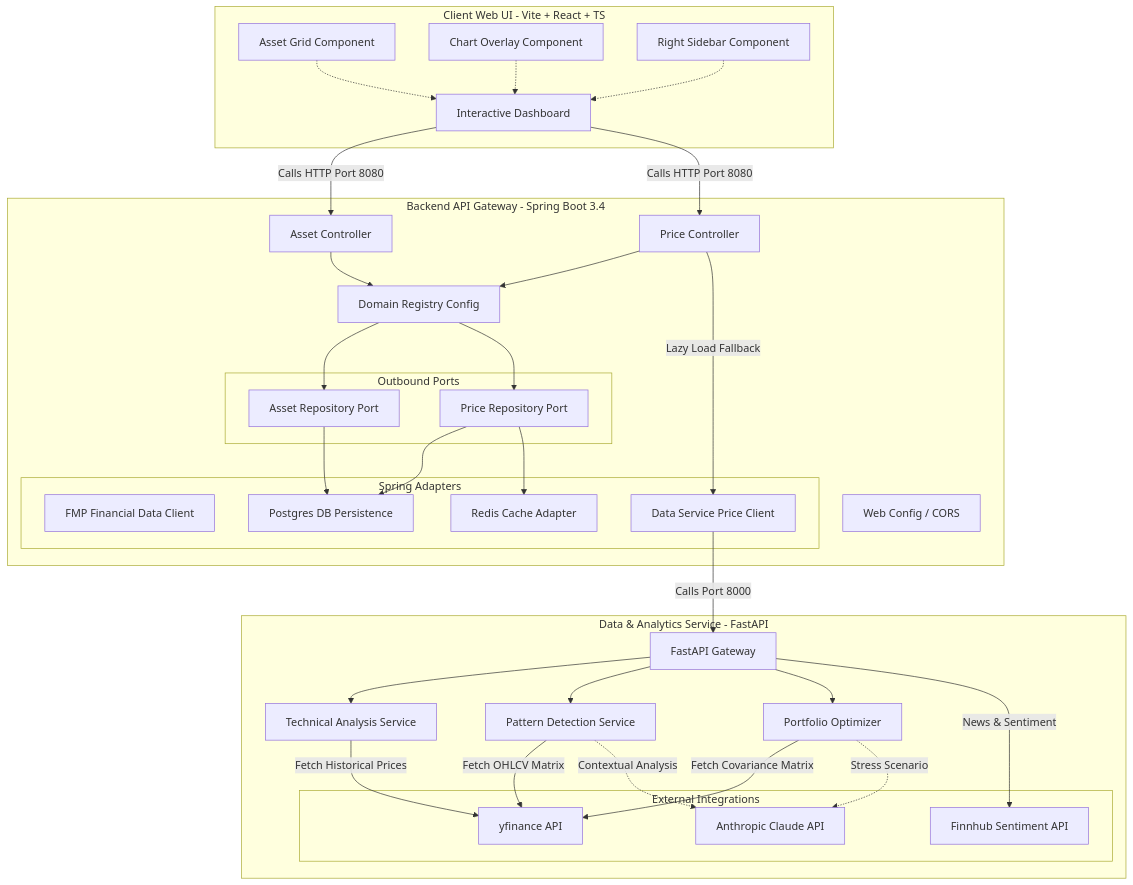
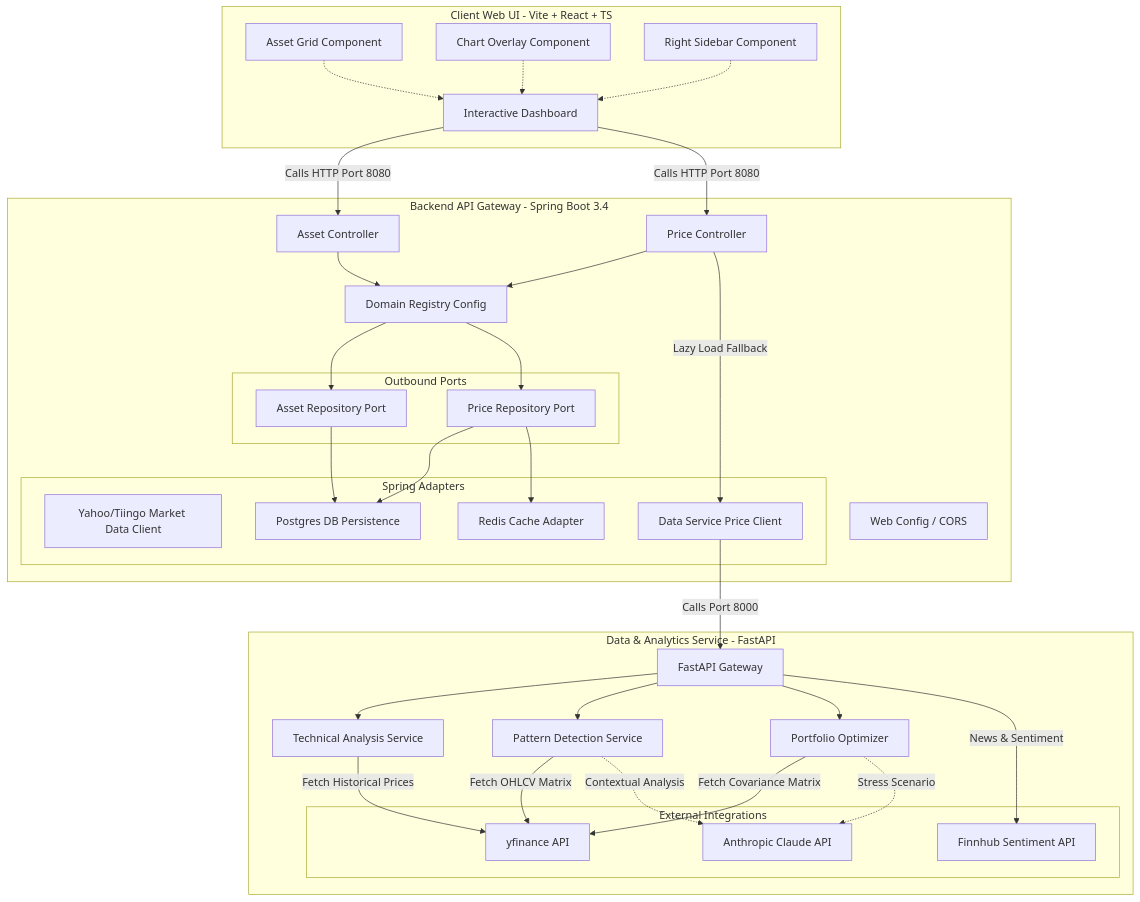
The diagram in README.md (bsrozkasli/finance-project), drawn with Mermaid before and after one commit. The commit also changed other lines of this file and 95 other files, not shown here.

````diff
--- a/README.md
+++ b/README.md
@@ -16,73 +16,73 @@
 ```mermaid
 graph TD
     subgraph Frontend [Client Web UI - Vite + React + TS]
         Dashboard[Interactive Dashboard]
         AssetGrid[Asset Grid Component]
         ChartOverlay[Chart Overlay Component]
         RightSidebar[Right Sidebar Component]
     end
 
     subgraph Backend [Backend API Gateway - Spring Boot 3.4]
         WebConfig[Web Config / CORS]
         AssetController[Asset Controller]
         PriceController[Price Controller]
         DomainConfig[Domain Registry Config]
         
         subgraph Ports [Outbound Ports]
             AssetRepoPort[Asset Repository Port]
             PriceRepoPort[Price Repository Port]
         end
         
         subgraph Adapters [Spring Adapters]
-            FMPAdapter[FMP Financial Data Client]
+            YahooAdapter[Yahoo/Tiingo Market Data Client]
             DBAdapter[Postgres DB Persistence]
             RedisAdapter[Redis Cache Adapter]
             DSPriceAdapter[Data Service Price Client]
         end
     end
 
     subgraph DataService [Data & Analytics Service - FastAPI]
         FastAPI_Main[FastAPI Gateway]
         TechAnalysis[Technical Analysis Service]
         PatternDetect[Pattern Detection Service]
         PortfolioOpt[Portfolio Optimizer]
         
         subgraph ExtAPIs [External Integrations]
             YFinance[yfinance API]
             Finnhub[Finnhub Sentiment API]
             Anthropic[Anthropic Claude API]
         end
     end
 
     %% Connections
     Dashboard -->|Calls HTTP Port 8080| AssetController
     Dashboard -->|Calls HTTP Port 8080| PriceController
     AssetGrid -.-> Dashboard
     ChartOverlay -.-> Dashboard
     RightSidebar -.-> Dashboard
 
     AssetController --> DomainConfig
     PriceController --> DomainConfig
     
     DomainConfig --> AssetRepoPort
     DomainConfig --> PriceRepoPort
     
     PriceRepoPort --> DBAdapter
     AssetRepoPort --> DBAdapter
     PriceRepoPort --> RedisAdapter
     
     PriceController -->|Lazy Load Fallback| DSPriceAdapter
     DSPriceAdapter -->|Calls Port 8000| FastAPI_Main
     
     FastAPI_Main --> TechAnalysis
     FastAPI_Main --> PatternDetect
     FastAPI_Main --> PortfolioOpt
     
     TechAnalysis -->|Fetch Historical Prices| YFinance
     PatternDetect -->|Fetch OHLCV Matrix| YFinance
     PortfolioOpt -->|Fetch Covariance Matrix| YFinance
     
     PatternDetect -.->|Contextual Analysis| Anthropic
     PortfolioOpt -.->|Stress Scenario| Anthropic
     FastAPI_Main -->|News & Sentiment| Finnhub
 ```
````
